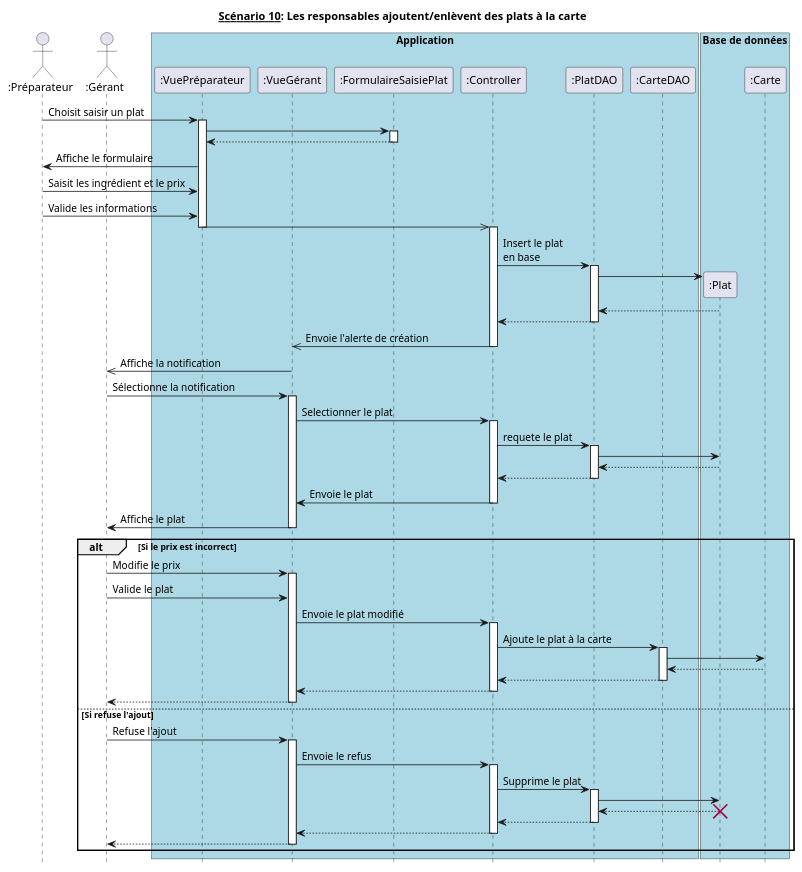
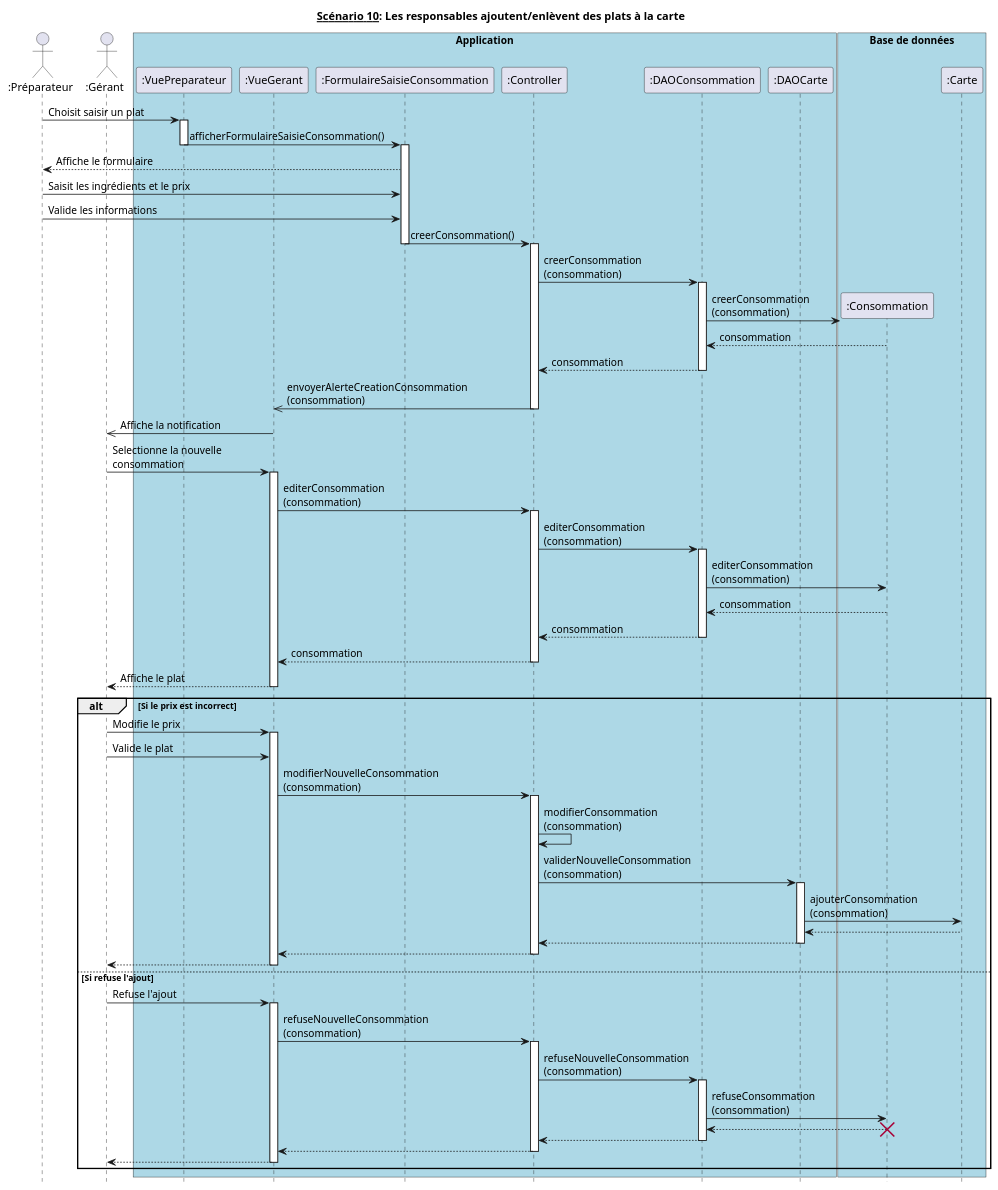
The diagram in diagrammes_sequences_detailles/dss10.md (hulskenA/GL-Les_seigneurs_du_resto), drawn with PlantUML before and after one commit.

Commit message:
modification dss détaillés 10

```diff
--- a/diagrammes_sequences_detailles/dss10.md
+++ b/diagrammes_sequences_detailles/dss10.md
@@ -8,69 +8,74 @@
 actor ":Gérant" as Gérant order 20
 
 box "Application" #Lightblue
-    participant ":VuePréparateur" as VuePréparateur order 30
-    participant ":VueGérant" as VueGérant order 40
-    participant ":FormulaireSaisiePlat" as FormulaireSaisiePlat order 50
+    participant ":VuePreparateur" as VuePréparateur order 30
+    participant ":VueGerant" as VueGérant order 40
+    participant ":FormulaireSaisieConsommation" as FormulaireSaisiePlat order 50
     participant ":Controller" as Controller order 60
-    participant ":PlatDAO" as PlatDAO order 70
-    participant ":CarteDAO" as CarteDAO order 80
+    participant ":DAOConsommation" as PlatDAO order 70
+    participant ":DAOCarte" as CarteDAO order 80
 endbox
 
 box "Base de données" #Lightblue
-  participant ":Plat" as Plat order 90
+  participant ":Consommation" as Plat order 90
   participant ":Carte" as Carte order 100
 endbox
 
 Préparateur -> VuePréparateur : Choisit saisir un plat
 activate VuePréparateur
-VuePréparateur -> FormulaireSaisiePlat
+VuePréparateur -> FormulaireSaisiePlat : afficherFormulaireSaisieConsommation()
+deactivate VuePréparateur
 activate FormulaireSaisiePlat
-VuePréparateur <-- FormulaireSaisiePlat
+Préparateur <-- FormulaireSaisiePlat :  Affiche le formulaire
+
+Préparateur -> FormulaireSaisiePlat : Saisit les ingrédients et le prix
+Préparateur -> FormulaireSaisiePlat : Valide les informations
+Controller <- FormulaireSaisiePlat : creerConsommation()
+
 deactivate FormulaireSaisiePlat
-Préparateur <- VuePréparateur : Affiche le formulaire
-Préparateur -> VuePréparateur : Saisit les ingrédient et le prix
-Préparateur -> VuePréparateur : Valide les informations
-VuePréparateur ->> Controller
-deactivate VuePréparateur
+
+
 activate Controller
 
-Controller -> PlatDAO : Insert le plat\nen base
+Controller -> PlatDAO : creerConsommation\n(consommation)
 activate PlatDAO
 Create Plat
-PlatDAO -> Plat
-PlatDAO <-- Plat
-Controller <-- PlatDAO
+PlatDAO -> Plat : creerConsommation\n(consommation)
+PlatDAO <-- Plat : consommation
+Controller <-- PlatDAO : consommation
 deactivate PlatDAO
 
-Controller ->> VueGérant : Envoie l'alerte de création
+Controller ->> VueGérant : envoyerAlerteCreationConsommation\n(consommation)
 deactivate Controller
 VueGérant ->> Gérant : Affiche la notification
-VueGérant <- Gérant : Sélectionne la notification
+VueGérant <- Gérant : Selectionne la nouvelle \nconsommation
 activate VueGérant
 
-VueGérant -> Controller : Selectionner le plat
+VueGérant -> Controller : editerConsommation\n(consommation)
 activate Controller
-Controller -> PlatDAO : requete le plat
+Controller -> PlatDAO :  editerConsommation\n(consommation)
 activate PlatDAO
 
-PlatDAO -> Plat
-PlatDAO <-- Plat
-Controller <-- PlatDAO
+PlatDAO -> Plat :  editerConsommation\n(consommation)
+PlatDAO <-- Plat : consommation
+Controller <-- PlatDAO : consommation
 deactivate PlatDAO
-Controller -> VueGérant : Envoie le plat
+Controller --> VueGérant : consommation
 deactivate Controller
-VueGérant -> Gérant : Affiche le plat
+VueGérant --> Gérant : Affiche le plat
 deactivate VueGérant
 
 alt #transparent Si le prix est incorrect
     Gérant -> VueGérant : Modifie le prix
     activate VueGérant
     Gérant -> VueGérant : Valide le plat
-    VueGérant -> Controller : Envoie le plat modifié
+    VueGérant -> Controller : modifierNouvelleConsommation\n(consommation)
     activate Controller
-    Controller -> CarteDAO : Ajoute le plat à la carte
+    Controller -> Controller : modifierConsommation\n(consommation)
+
+    Controller -> CarteDAO : validerNouvelleConsommation\n(consommation)
     activate CarteDAO
-    CarteDAO -> Carte
+    CarteDAO -> Carte : ajouterConsommation\n(consommation)
     CarteDAO <-- Carte
     Controller <-- CarteDAO
     deactivate CarteDAO
@@ -81,11 +86,11 @@
 else Si refuse l'ajout
   Gérant -> VueGérant : Refuse l'ajout
   activate VueGérant
-  VueGérant -> Controller : Envoie le refus
+  VueGérant -> Controller : refuseNouvelleConsommation\n(consommation)
   activate Controller
-  Controller -> PlatDAO : Supprime le plat
+  Controller -> PlatDAO : refuseNouvelleConsommation\n(consommation)
   activate PlatDAO
-  PlatDAO -> Plat
+  PlatDAO -> Plat : refuseConsommation\n(consommation)
   PlatDAO <-- Plat
   destroy Plat
   Controller <-- PlatDAO
```
